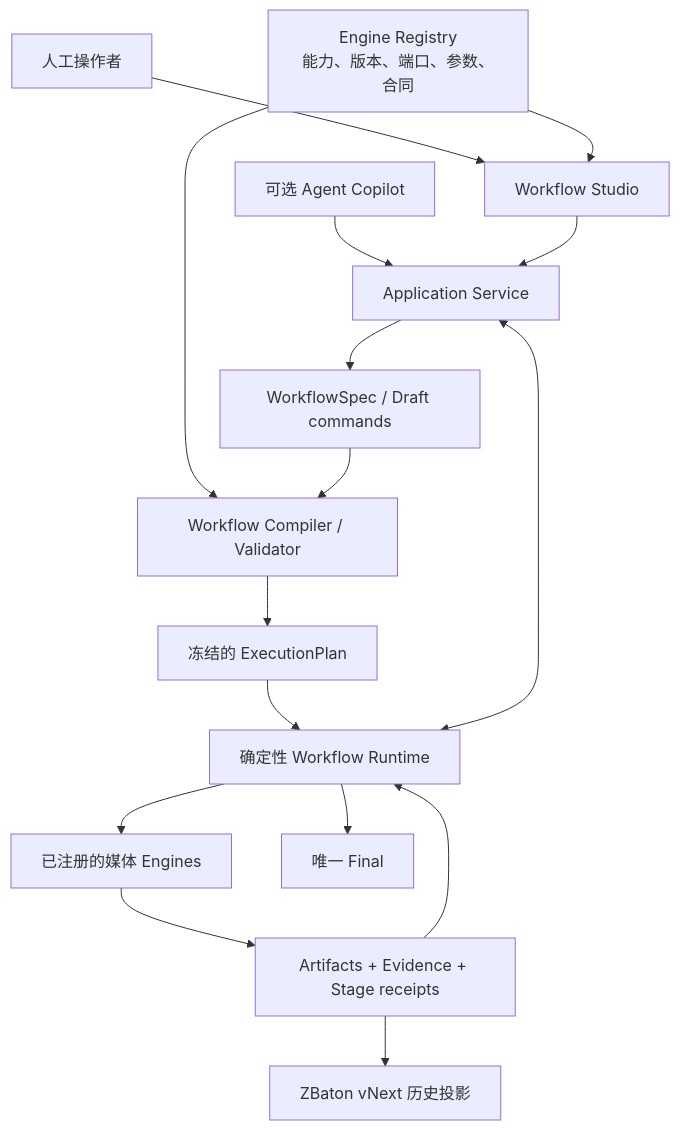
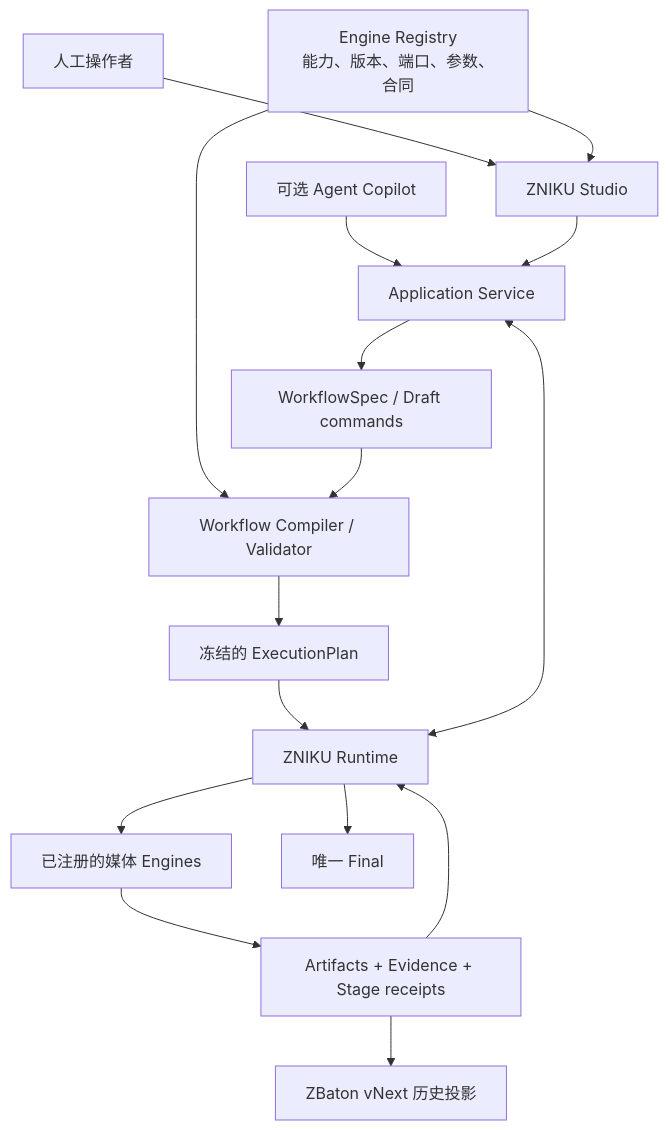
Before and after one commit to mp4102/ZNiku: the first of 3 diagrams in docs/architecture/product-framework.md, drawn with Mermaid. The commit also changed other lines of this file and 14 other files, not shown here.

````diff
--- a/docs/architecture/product-framework.md
+++ b/docs/architecture/product-framework.md
@@ -51,21 +51,21 @@
 ```mermaid
 flowchart TD
-    USER["人工操作者"] --> STUDIO["Workflow Studio"]
+    USER["人工操作者"] --> STUDIO["ZNIKU Studio"]
     AGENT["可选 Agent Copilot"] --> APP["Application Service"]
     STUDIO --> APP
 
     REGISTRY["Engine Registry<br/>能力、版本、端口、参数、合同"] --> STUDIO
     REGISTRY --> COMPILER["Workflow Compiler / Validator"]
     APP --> SPEC["WorkflowSpec / Draft commands"]
     SPEC --> COMPILER
     COMPILER --> PLAN["冻结的 ExecutionPlan"]
 
-    PLAN --> RUNTIME["确定性 Workflow Runtime"]
+    PLAN --> RUNTIME["ZNIKU Runtime"]
     APP <--> RUNTIME
     RUNTIME --> ENGINES["已注册的媒体 Engines"]
     ENGINES --> RECORDS["Artifacts + Evidence + Stage receipts"]
     RECORDS --> RUNTIME
 
     RECORDS --> ZBATON["ZBaton vNext 历史投影"]
     RUNTIME --> FINAL["唯一 Final"]
 ```
````
